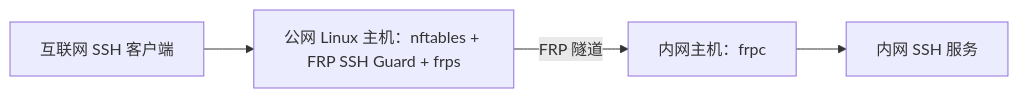
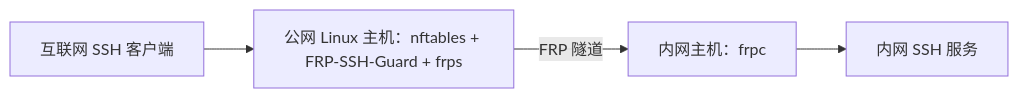
One commit to xybermindx/FRP-SSH-Guard changed the diagram in README.zh-CN.md. Above: the diagram before and after it, drawn with Mermaid. The commit also changed other lines of this file and 16 other files, not shown here.

Commit message:
Rename project to FRP-SSH-Guard and restore separate language guides

````diff
--- a/README.zh-CN.md
+++ b/README.zh-CN.md
@@ -63,6 +63,6 @@
 ```mermaid
 flowchart LR
-    A[互联网 SSH 客户端] --> B[公网 Linux 主机：nftables + FRP SSH Guard + frps]
+    A[互联网 SSH 客户端] --> B[公网 Linux 主机：nftables + FRP-SSH-Guard + frps]
     B -->|FRP 隧道| C[内网主机：frpc]
     C --> D[内网 SSH 服务]
 ```
````
